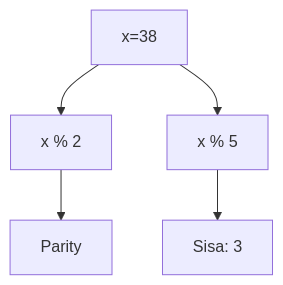
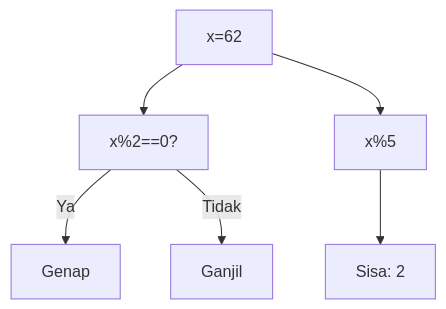
Before and after one commit to amnahwaida/OSNK_INF_PREP: diagram 17 of 25 in part-c-pemahaman-cpp/01-tipe-data/latihan/set-06.md, drawn with Mermaid. The commit also changed other lines of this file and 71 other files, not shown here.

Commit message:
Fixed Mermaid syntax lexical errors with quoted labels in 1,800 questions

````diff
--- a/part-c-pemahaman-cpp/01-tipe-data/latihan/set-06.md
+++ b/part-c-pemahaman-cpp/01-tipe-data/latihan/set-06.md
@@ -474,7 +527,8 @@
 ```mermaid
 graph TD
-A[x=38] --> B[x % 2]
-B --> C[Parity]
-A --> D[x % 5]
-D --> E[Sisa: 3]
+A["x=62"] --> B["x%2==0?"]
+B -- Ya --> C["Genap"]
+B -- Tidak --> D["Ganjil"]
+A --> E["x%5"]
+E --> F["Sisa: 2"]
 ```
````
